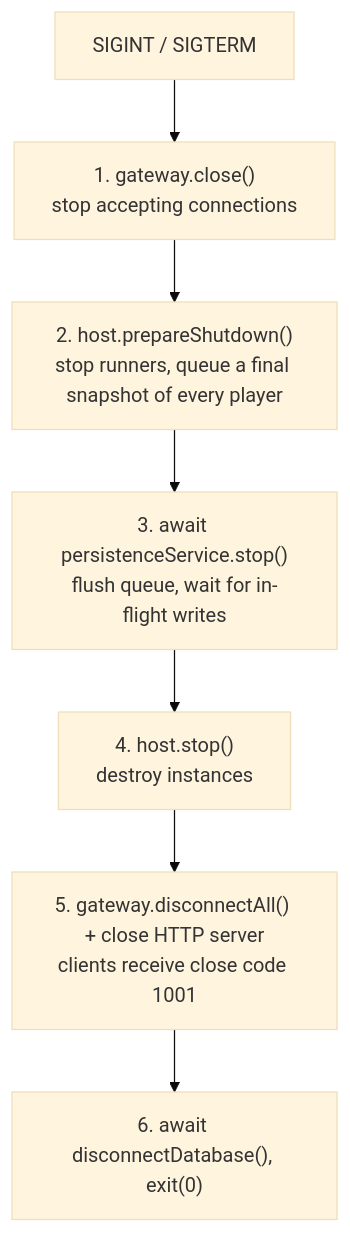
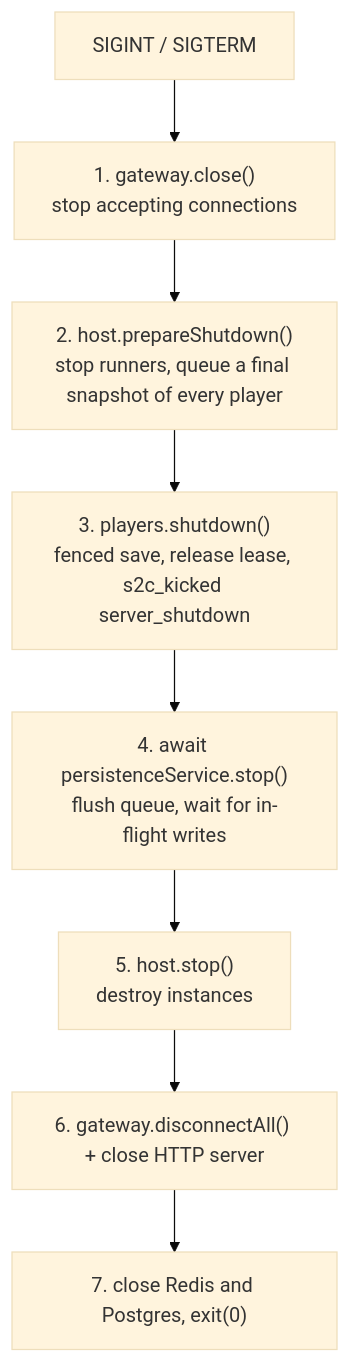
The fifth of 5 diagrams in docs/ARCHITECTURE.md (bigabig/mmoexile), drawn with Mermaid (base theme) before and after one commit. The commit also changed other lines of this file and 3 other files, not shown here.

````diff
--- a/docs/ARCHITECTURE.md
+++ b/docs/ARCHITECTURE.md
@@ -206,9 +258,10 @@
 ```mermaid
 flowchart TD
     S["SIGINT / SIGTERM"] --> G["1. gateway.close()<br/>stop accepting connections"]
     G --> P["2. host.prepareShutdown()<br/>stop runners, queue a final snapshot of every player"]
-    P --> F["3. await persistenceService.stop()<br/>flush queue, wait for in-flight writes"]
-    F --> C["4. host.stop()<br/>destroy instances"]
-    C --> D["5. gateway.disconnectAll() + close HTTP server<br/>clients receive close code 1001"]
-    D --> X["6. await disconnectDatabase(), exit(0)"]
+    P --> L["3. players.shutdown()<br/>fenced save, release lease, s2c_kicked server_shutdown"]
+    L --> F["4. await persistenceService.stop()<br/>flush queue, wait for in-flight writes"]
+    F --> C["5. host.stop()<br/>destroy instances"]
+    C --> D["6. gateway.disconnectAll() + close HTTP server"]
+    D --> X["7. close Redis and Postgres, exit(0)"]
 ```
````
